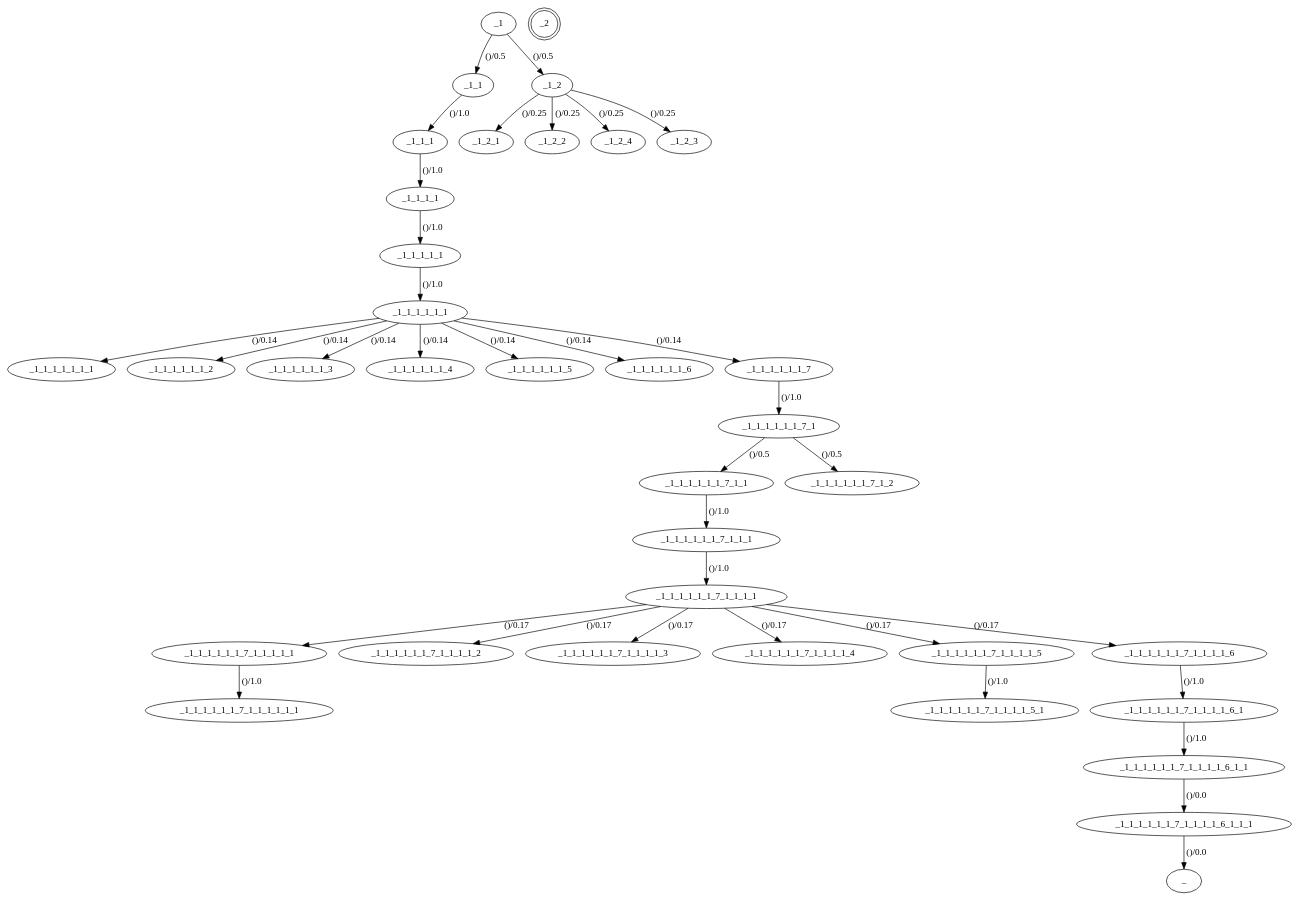
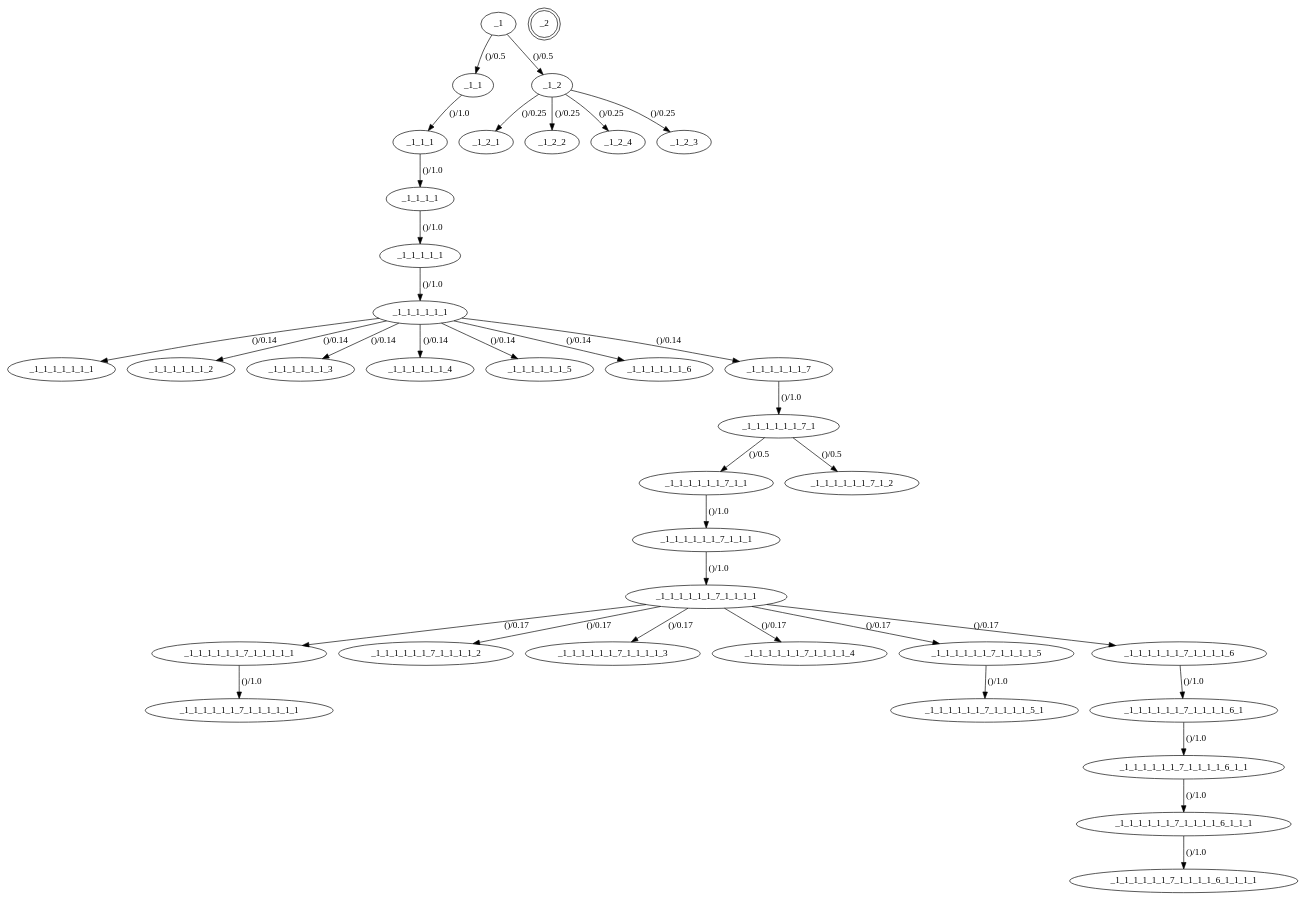
Before and after one commit to helttu/slideco-tests: the diagram in qauto_deco/pagemodel/structure.gv, drawn with Graphviz. The commit also changed 5 other files, not shown here.

```diff
--- a/qauto_deco/pagemodel/structure.gv
+++ b/qauto_deco/pagemodel/structure.gv
@@ -1,73 +1,74 @@
 digraph default_model {
 //States
 _1
 _1_1_1
 _1_1
 _1_1_1_1
 _1_1_1_1_1
 _1_1_1_1_1_1
 _1_1_1_1_1_1_1
 _1_1_1_1_1_1_2
 _1_1_1_1_1_1_3
 _1_1_1_1_1_1_4
 _1_1_1_1_1_1_5
 _1_1_1_1_1_1_6
 _1_1_1_1_1_1_7
 _1_1_1_1_1_1_7_1
 _1_1_1_1_1_1_7_1_1
 _1_1_1_1_1_1_7_1_1_1
 _1_1_1_1_1_1_7_1_1_1_1
 _1_1_1_1_1_1_7_1_1_1_1_1
 _1_1_1_1_1_1_7_1_1_1_1_2
 _1_1_1_1_1_1_7_1_1_1_1_3
 _1_1_1_1_1_1_7_1_1_1_1_4
 _1_1_1_1_1_1_7_1_1_1_1_5
 _1_1_1_1_1_1_7_1_1_1_1_5_1
 _1_1_1_1_1_1_7_1_2
 _1_2
 _1_2_1
 _1_2_2
 _1_1_1_1_1_1_7_1_1_1_1_1_1
 _1_1_1_1_1_1_7_1_1_1_1_6
 _1_1_1_1_1_1_7_1_1_1_1_6_1
 _1_2_4
 _1_2_3
 _1_1_1_1_1_1_7_1_1_1_1_6_1_1
 _1_1_1_1_1_1_7_1_1_1_1_6_1_1_1
+_1_1_1_1_1_1_7_1_1_1_1_6_1_1_1_1
 _2[shape = "doublecircle"]
 //Transitions
 _1 -> _1_1[ label = "()/0.5", probability = "0.5", set_guard = "(u'', u'')", check_guard = "(u'', u'')", edge_id = "fc549930-c01f-11e5-bdbc-a94980e8de8d"]
 _1_1 -> _1_1_1[ label = "()/1.0", probability = "1.0", set_guard = "(u'', u'')", check_guard = "(u'', u'')", edge_id = "fe4879ee-c01f-11e5-8b18-a94980e8de8d"]
 _1_1_1 -> _1_1_1_1[ label = "()/1.0", probability = "1.0", set_guard = "(u'', u'')", check_guard = "(u'', u'')", edge_id = "ac323121-c02d-11e5-8503-a94980e8de8d"]
 _1_1_1_1 -> _1_1_1_1_1[ label = "()/1.0", probability = "1.0", set_guard = "(u'', u'')", check_guard = "(u'', u'')", edge_id = "2e873671-c02e-11e5-a260-a94980e8de8d"]
 _1_1_1_1_1 -> _1_1_1_1_1_1[ label = "()/1.0", probability = "1.0", set_guard = "(u'', u'')", check_guard = "(u'', u'')", edge_id = "fa83d631-c032-11e5-aabc-a94980e8de8d"]
 _1_1_1_1_1_1 -> _1_1_1_1_1_1_1[ label = "()/0.14", probability = "0.142857142857", set_guard = "(u'', u'')", check_guard = "(u'', u'')", edge_id = "8bbcdc9f-c038-11e5-88a6-a94980e8de8d"]
 _1_1_1_1_1_1 -> _1_1_1_1_1_1_2[ label = "()/0.14", probability = "0.142857142857", set_guard = "(u'', u'')", check_guard = "(u'', u'')", edge_id = "e2cac7ef-c038-11e5-b7d3-a94980e8de8d"]
 _1_1_1_1_1_1 -> _1_1_1_1_1_1_3[ label = "()/0.14", probability = "0.142857142857", set_guard = "(u'', u'')", check_guard = "(u'', u'')", edge_id = "0b82f9ae-c039-11e5-b3ff-a94980e8de8d"]
 _1_1_1_1_1_1 -> _1_1_1_1_1_1_4[ label = "()/0.14", probability = "0.142857142857", set_guard = "(u'', u'')", check_guard = "(u'', u'')", edge_id = "3bceb6e2-c039-11e5-9122-a94980e8de8d"]
 _1_1_1_1_1_1 -> _1_1_1_1_1_1_5[ label = "()/0.14", probability = "0.142857142857", set_guard = "(u'', u'')", check_guard = "(u'', u'')", edge_id = "fdcfa1a1-c039-11e5-8b14-a94980e8de8d"]
 _1_1_1_1_1_1 -> _1_1_1_1_1_1_6[ label = "()/0.14", probability = "0.142857142857", set_guard = "(u'', u'')", check_guard = "(u'', u'')", edge_id = "ff775e30-c039-11e5-93ba-a94980e8de8d"]
 _1_1_1_1_1_1 -> _1_1_1_1_1_1_7[ label = "()/0.14", probability = "0.142857142857", set_guard = "(u'', u'')", check_guard = "(u'', u'')", edge_id = "01636f5f-c03d-11e5-94c1-a94980e8de8d"]
 _1_1_1_1_1_1_7 -> _1_1_1_1_1_1_7_1[ label = "()/1.0", probability = "1.0", set_guard = "(u'', u'')", check_guard = "(u'', u'')", edge_id = "63c5beb1-c03d-11e5-986f-a94980e8de8d"]
 _1_1_1_1_1_1_7_1 -> _1_1_1_1_1_1_7_1_1[ label = "()/0.5", probability = "0.5", set_guard = "(u'', u'')", check_guard = "(u'', u'')", edge_id = "81ed66c1-c03f-11e5-b923-a94980e8de8d"]
 _1_1_1_1_1_1_7_1_1 -> _1_1_1_1_1_1_7_1_1_1[ label = "()/1.0", probability = "1.0", set_guard = "(u'', u'')", check_guard = "(u'', u'')", edge_id = "80083690-c040-11e5-a873-a94980e8de8d"]
 _1_1_1_1_1_1_7_1_1_1 -> _1_1_1_1_1_1_7_1_1_1_1[ label = "()/1.0", probability = "1.0", set_guard = "(u'', u'')", check_guard = "(u'', u'')", edge_id = "110f70e2-c041-11e5-8143-a94980e8de8d"]
 _1_1_1_1_1_1_7_1_1_1_1 -> _1_1_1_1_1_1_7_1_1_1_1_1[ label = "()/0.17", probability = "0.166666666667", set_guard = "(u'', u'')", check_guard = "(u'', u'')", edge_id = "cb99f522-c041-11e5-8451-a94980e8de8d"]
 _1_1_1_1_1_1_7_1_1_1_1 -> _1_1_1_1_1_1_7_1_1_1_1_2[ label = "()/0.17", probability = "0.166666666667", set_guard = "(u'', u'')", check_guard = "(u'', u'')", edge_id = "018954a1-c042-11e5-88d0-a94980e8de8d"]
 _1_1_1_1_1_1_7_1_1_1_1 -> _1_1_1_1_1_1_7_1_1_1_1_3[ label = "()/0.17", probability = "0.166666666667", set_guard = "(u'', u'')", check_guard = "(u'', u'')", edge_id = "2f99eede-c042-11e5-a975-a94980e8de8d"]
 _1_1_1_1_1_1_7_1_1_1_1 -> _1_1_1_1_1_1_7_1_1_1_1_4[ label = "()/0.17", probability = "0.166666666667", set_guard = "(u'', u'')", check_guard = "(u'', u'')", edge_id = "59dcb841-c042-11e5-a3d8-a94980e8de8d"]
 _1_1_1_1_1_1_7_1_1_1_1 -> _1_1_1_1_1_1_7_1_1_1_1_5[ label = "()/0.17", probability = "0.166666666667", set_guard = "(u'', u'')", check_guard = "(u'', u'')", edge_id = "9ddb07e2-c042-11e5-a824-a94980e8de8d"]
 _1_1_1_1_1_1_7_1_1_1_1_5 -> _1_1_1_1_1_1_7_1_1_1_1_5_1[ label = "()/1.0", probability = "1.0", set_guard = "(u'', u'')", check_guard = "(u'', u'')", edge_id = "a6ca075e-c0c0-11e5-bbbb-a94980e8de8d"]
 _1_1_1_1_1_1_7_1 -> _1_1_1_1_1_1_7_1_2[ label = "()/0.5", probability = "0.5", set_guard = "(u'', u'')", check_guard = "(u'', u'')", edge_id = "90f4aa10-c0c2-11e5-9162-a94980e8de8d"]
 _1_2 -> _1_2_1[ label = "()/0.25", probability = "0.25", set_guard = "(u'', u'')", check_guard = "(u'', u'')", edge_id = "b18e8770-c5a2-11e5-922c-2c600cd4c6d7"]
 _1_1_1_1_1_1_7_1_1_1_1_1 -> _1_1_1_1_1_1_7_1_1_1_1_1_1[ label = "()/1.0", probability = "1.0", set_guard = "(u'', u'')", check_guard = "(u'', u'')", edge_id = "2f5d7d41-c8b5-11e5-b5b1-00247e035201"]
 _1_1_1_1_1_1_7_1_1_1_1 -> _1_1_1_1_1_1_7_1_1_1_1_6[ label = "()/0.17", probability = "0.166666666667", set_guard = "(u'', u'')", check_guard = "(u'', u'')", edge_id = "63b998ef-c8bd-11e5-b359-00247e035201"]
 _1_1_1_1_1_1_7_1_1_1_1_6 -> _1_1_1_1_1_1_7_1_1_1_1_6_1[ label = "()/1.0", probability = "1.0", set_guard = "(u'', u'')", check_guard = "(u'', u'')", edge_id = "b40472c1-c8be-11e5-b9d2-00247e035201"]
 _1 -> _1_2[ label = "()/0.5", probability = "0.5", set_guard = "(u'', u'')", check_guard = "(u'', u'')", edge_id = "d7b9c1e1-c975-11e5-b0eb-a94980e8de8d"]
 _1_2 -> _1_2_2[ label = "()/0.25", probability = "0.25", set_guard = "(u'', u'')", check_guard = "(u'', u'')", edge_id = "dfcd2bb0-c975-11e5-99fe-a94980e8de8d"]
 _1_2 -> _1_2_3[ label = "()/0.25", probability = "0.25", set_guard = "(u'', u'')", check_guard = "(u'', u'')", edge_id = "452f3561-cc06-11e5-b6e7-2c600cd4c6d7"]
 _1_2 -> _1_2_4[ label = "()/0.25", probability = "0.25", set_guard = "(u'', u'')", check_guard = "(u'', u'')", edge_id = "4f354770-cc06-11e5-a75f-2c600cd4c6d7"]
 _1_1_1_1_1_1_7_1_1_1_1_6_1 -> _1_1_1_1_1_1_7_1_1_1_1_6_1_1[ label = "()/1.0", probability = "1.0", set_guard = "(u'', u'')", check_guard = "(u'', u'')", edge_id = "6bf28cd0-cef7-11e5-9913-00247e035201"]
-_1_1_1_1_1_1_7_1_1_1_1_6_1_1 -> _1_1_1_1_1_1_7_1_1_1_1_6_1_1_1[ label = "()/0.0", probability = "0.0", set_guard = "('', '')", check_guard = "('', '')", edge_id = "9f1c66de-cefb-11e5-a00b-00247e035201"]
-_1_1_1_1_1_1_7_1_1_1_1_6_1_1_1 -> _[ label = "()/0.0", probability = "0.0", set_guard = "('', '')", check_guard = "('', '')", edge_id = "00ff892f-cefe-11e5-aa50-00247e035201"]
+_1_1_1_1_1_1_7_1_1_1_1_6_1_1 -> _1_1_1_1_1_1_7_1_1_1_1_6_1_1_1[ label = "()/1.0", probability = "1.0", set_guard = "(u'', u'')", check_guard = "(u'', u'')", edge_id = "9f1c66de-cefb-11e5-a00b-00247e035201"]
+_1_1_1_1_1_1_7_1_1_1_1_6_1_1_1 -> _1_1_1_1_1_1_7_1_1_1_1_6_1_1_1_1[ label = "()/1.0", probability = "1.0", set_guard = "(u'', u'')", check_guard = "(u'', u'')", edge_id = "00ff892f-cefe-11e5-aa50-00247e035201"]
 }
```
